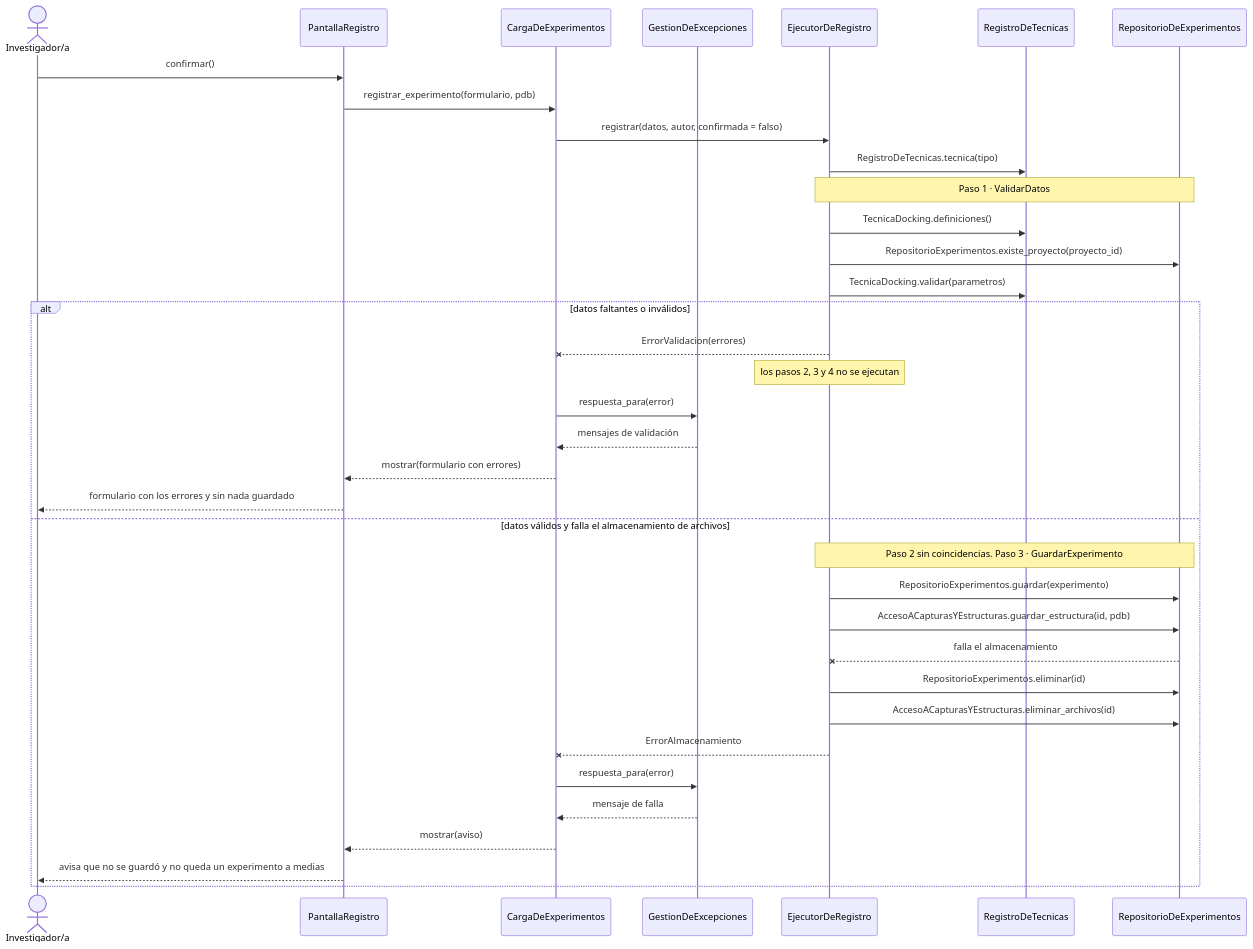
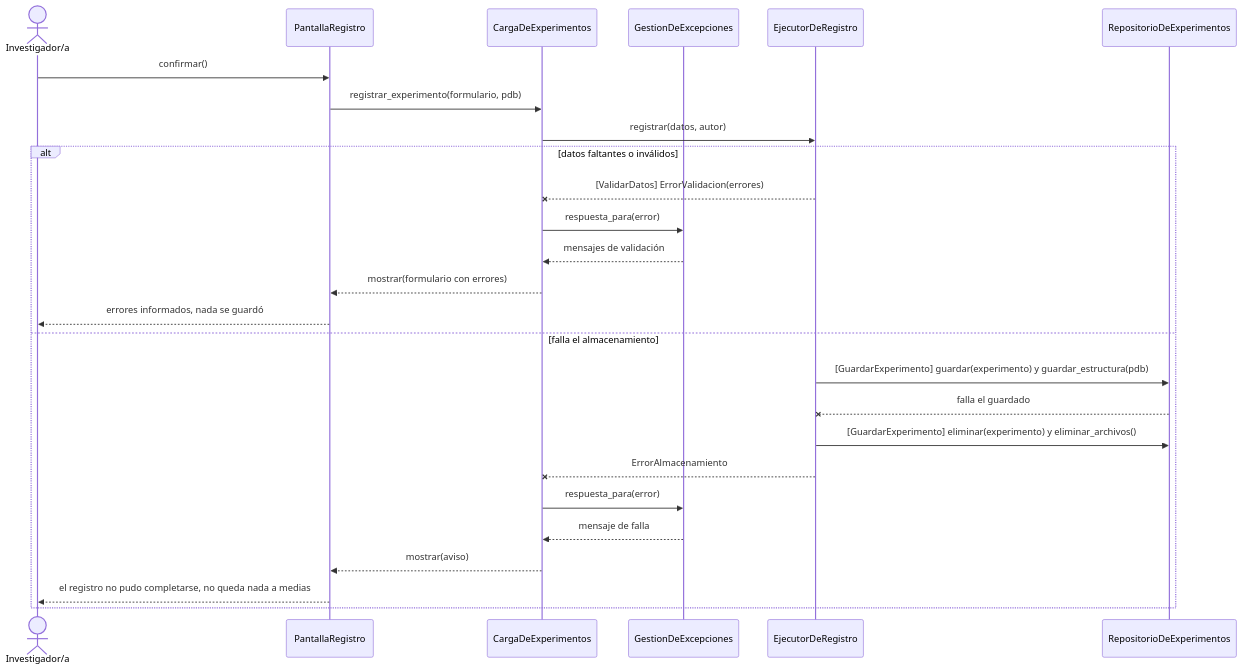
One commit to LucasSegovia01/BitacoraBio-2026 changed the fourth of 5 diagrams in docs/desing/diseno-detallado.md. Above: the diagram before and after it, drawn with Mermaid. The commit also changed other lines of this file, not shown here.

Commit message:
docs/desing: se sube una nueva versión del trabajo con los diagramas de secuencia revisados. Se pasa de dos a tres diagramas, evitando pasos y detalles innecesarios.

````diff
--- a/docs/desing/diseno-detallado.md
+++ b/docs/desing/diseno-detallado.md
@@ -304,38 +303,28 @@
 ```mermaid
 sequenceDiagram
     actor Inv as Investigador/a
     participant PR as PantallaRegistro
     participant CE as CargaDeExperimentos
     participant GX as GestionDeExcepciones
     participant E as EjecutorDeRegistro
-    participant RT as RegistroDeTecnicas
     participant RX as RepositorioDeExperimentos
     Inv->>PR: confirmar()
     PR->>CE: registrar_experimento(formulario, pdb)
-    CE->>E: registrar(datos, autor, confirmada = falso)
-    E->>RT: RegistroDeTecnicas.tecnica(tipo)
-    Note over E,RX: Paso 1 · ValidarDatos
-    E->>RT: TecnicaDocking.definiciones()
-    E->>RX: RepositorioExperimentos.existe_proyecto(proyecto_id)
-    E->>RT: TecnicaDocking.validar(parametros)
+    CE->>E: registrar(datos, autor)
     alt datos faltantes o inválidos
-        E--xCE: ErrorValidacion(errores)
-        Note over E: los pasos 2, 3 y 4 no se ejecutan
+        E--xCE: [ValidarDatos] ErrorValidacion(errores)
         CE->>GX: respuesta_para(error)
         GX-->>CE: mensajes de validación
         CE-->>PR: mostrar(formulario con errores)
-        PR-->>Inv: formulario con los errores y sin nada guardado
-    else datos válidos y falla el almacenamiento de archivos
-        Note over E,RX: Paso 2 sin coincidencias. Paso 3 · GuardarExperimento
-        E->>RX: RepositorioExperimentos.guardar(experimento)
-        E->>RX: AccesoACapturasYEstructuras.guardar_estructura(id, pdb)
-        RX--xE: falla el almacenamiento
-        E->>RX: RepositorioExperimentos.eliminar(id)
-        E->>RX: AccesoACapturasYEstructuras.eliminar_archivos(id)
+        PR-->>Inv: errores informados, nada se guardó
+    else falla el almacenamiento
+        E->>RX: [GuardarExperimento] guardar(experimento) y guardar_estructura(pdb)
+        RX--xE: falla el guardado
+        E->>RX: [GuardarExperimento] eliminar(experimento) y eliminar_archivos()
         E--xCE: ErrorAlmacenamiento
         CE->>GX: respuesta_para(error)
         GX-->>CE: mensaje de falla
         CE-->>PR: mostrar(aviso)
-        PR-->>Inv: avisa que no se guardó y no queda un experimento a medias
+        PR-->>Inv: el registro no pudo completarse, no queda nada a medias
     end
 ```
````
